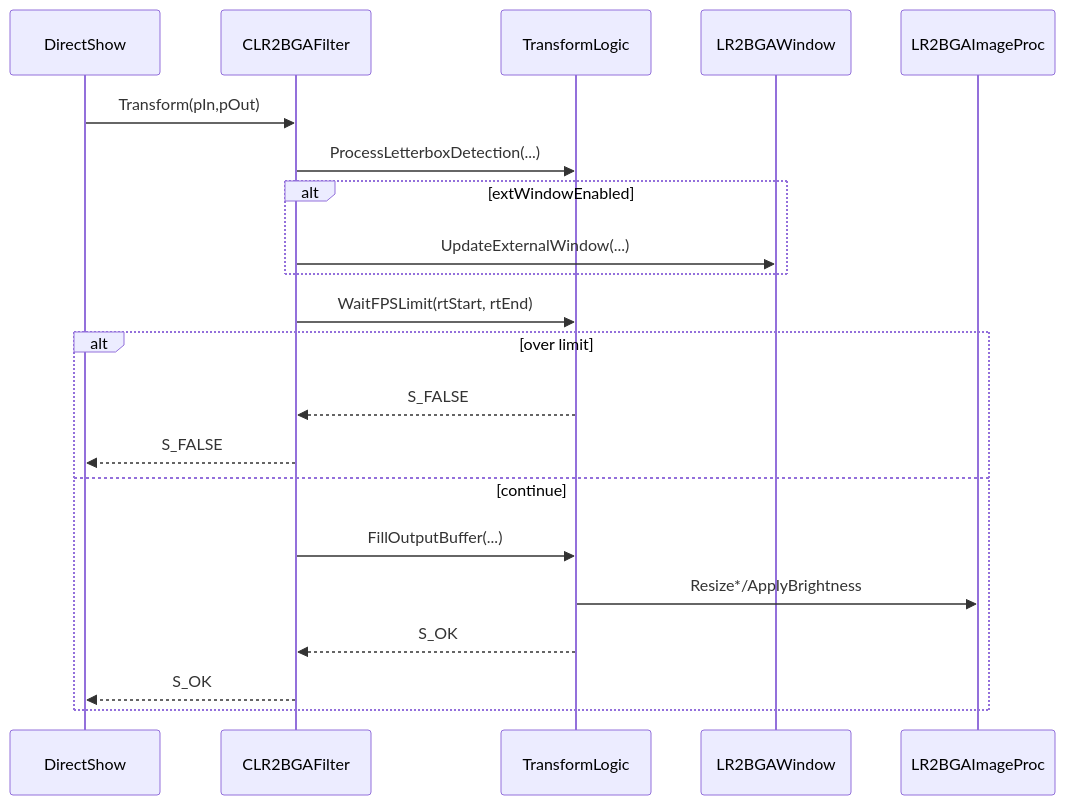
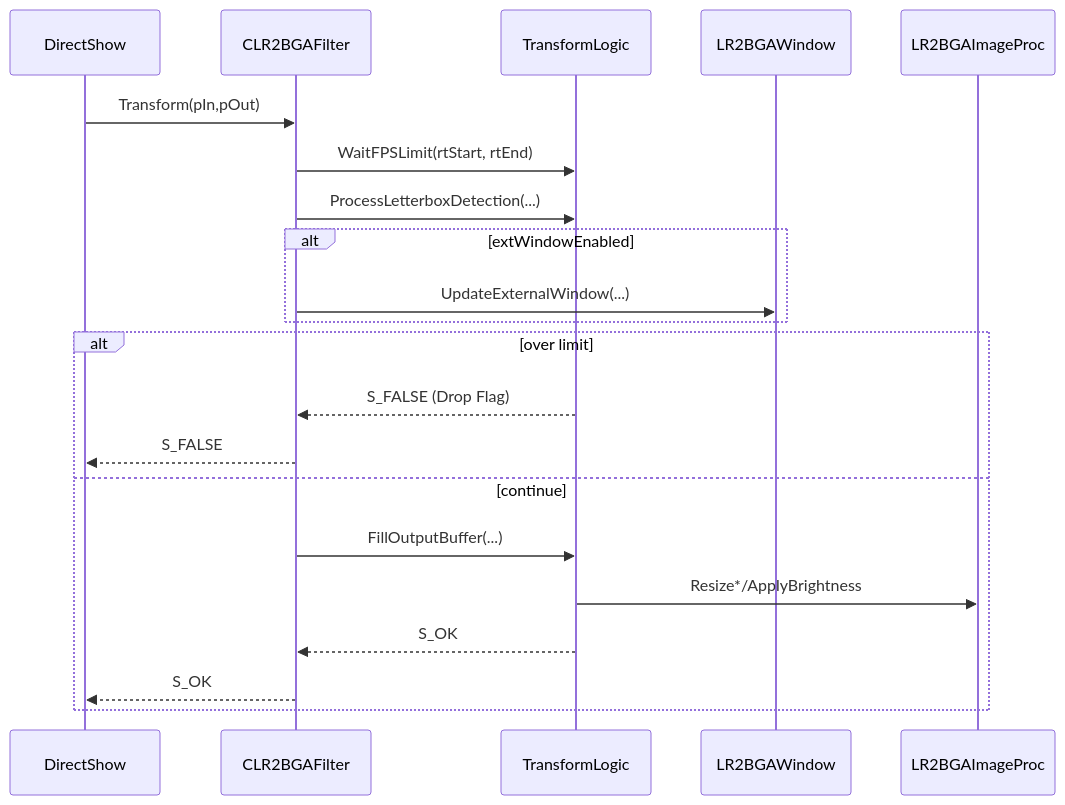
The third of 7 diagrams in docs/ja/TECH_SPEC.ja.md (Neeted/lr2-bga-filter), drawn with Mermaid before and after one commit. The commit also changed other lines of this file and 4 other files, not shown here.

````diff
--- a/docs/ja/TECH_SPEC.ja.md
+++ b/docs/ja/TECH_SPEC.ja.md
@@ -138,24 +156,24 @@
 ```mermaid
 sequenceDiagram
   participant DS as DirectShow
   participant F as CLR2BGAFilter
   participant T as TransformLogic
   participant W as LR2BGAWindow
   participant I as LR2BGAImageProc
 
   DS->>F: Transform(pIn,pOut)
+  F->>T: WaitFPSLimit(rtStart, rtEnd)
   F->>T: ProcessLetterboxDetection(...)
   alt extWindowEnabled
     F->>W: UpdateExternalWindow(...)
   end
-  F->>T: WaitFPSLimit(rtStart, rtEnd)
   alt over limit
-    T-->>F: S_FALSE
+    T-->>F: S_FALSE (Drop Flag)
     F-->>DS: S_FALSE
   else continue
     F->>T: FillOutputBuffer(...)
     T->>I: Resize*/ApplyBrightness
     T-->>F: S_OK
     F-->>DS: S_OK
   end
 ```
````
